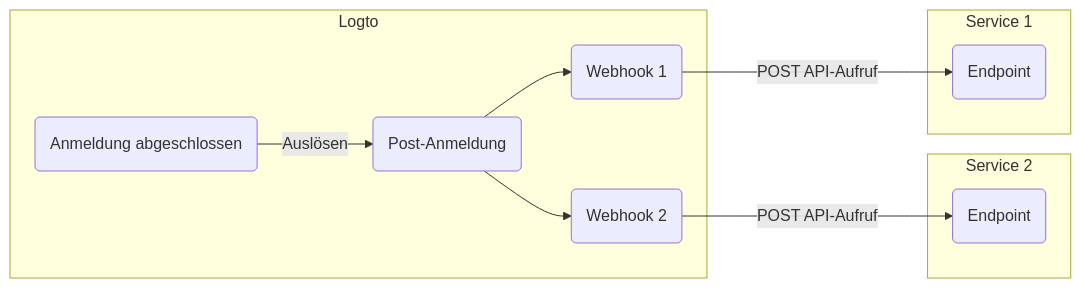
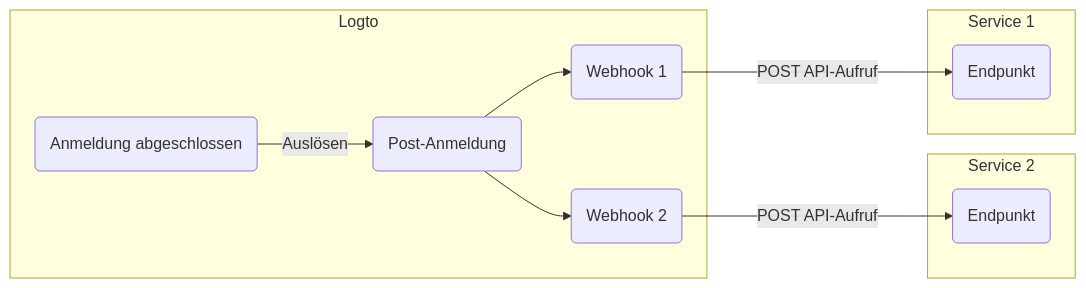
One commit to logto-io/docs changed the diagram in i18n/de/docusaurus-plugin-content-docs/current/developers/webhooks/README.mdx. Above: the diagram before and after it, drawn with Mermaid. The commit also changed other lines of this file and 357 other files, not shown here.

````diff
--- a/i18n/de/docusaurus-plugin-content-docs/current/developers/webhooks/README.mdx
+++ b/i18n/de/docusaurus-plugin-content-docs/current/developers/webhooks/README.mdx
@@ -36,24 +36,24 @@
 ```mermaid
 graph LR
   subgraph Logto
     SF(Anmeldung abgeschlossen)
     PS(Post-Anmeldung)
     WH2(Webhook 2)
     WH1(Webhook 1)
   end
 
   subgraph Service 2
-    E2(Endpoint)
+    E2(Endpunkt)
   end
 
   subgraph Service 1
-    E1(Endpoint)
+    E1(Endpunkt)
   end
 
   SF -->|Auslösen| PS
   PS --> WH1
   PS --> WH2
   WH1 --->|POST API-Aufruf| E1
   WH2 --->|POST API-Aufruf| E2
 
 ```
````
